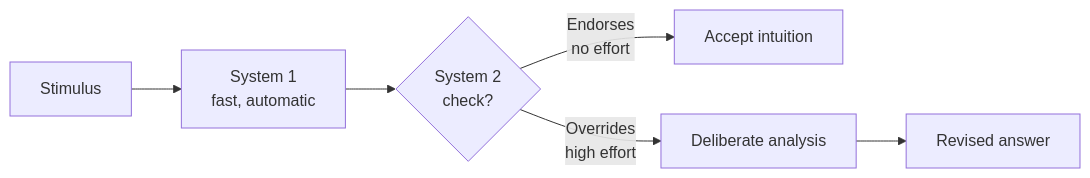
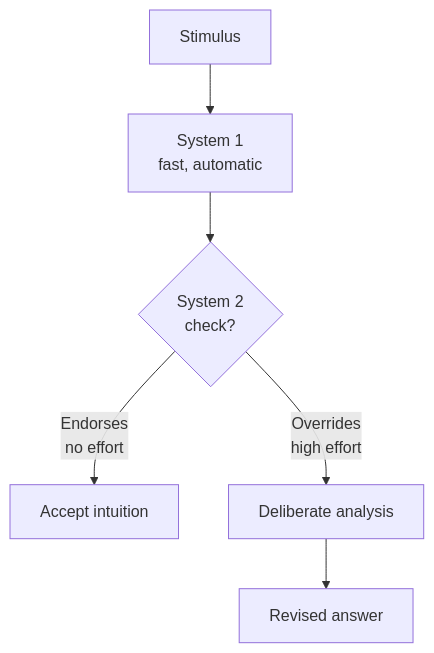
Before and after one commit to SiliconWit/critical-thinking-engineers: the diagram in thinking-fast-and-slow.mdx, drawn with Mermaid. The commit also changed other lines of this file, not shown here.

Commit message:
Convert horizontal mermaid flowchart to vertical for better mobile readability

````diff
--- a/thinking-fast-and-slow.mdx
+++ b/thinking-fast-and-slow.mdx
@@ -66,8 +67,8 @@
 ```mermaid
-flowchart LR
+flowchart TD
     A[Stimulus] --> B[System 1\nfast, automatic]
     B --> C{System 2\ncheck?}
     C -- Endorses\nno effort --> D[Accept intuition]
     C -- Overrides\nhigh effort --> E[Deliberate analysis]
     E --> F[Revised answer]
 ```
````
